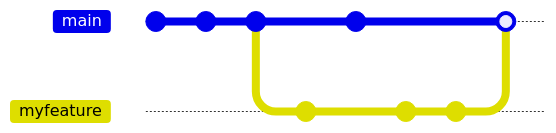
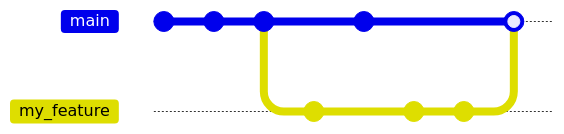
The third of 3 diagrams in _sources/0_introduction/04_git.md (kf-ga/kf-ga.github.io), drawn with Mermaid before and after one commit. The commit also changed other lines of this file and 7 other files, not shown here. Commit ids are hidden.

````diff
--- a/_sources/0_introduction/04_git.md
+++ b/_sources/0_introduction/04_git.md
@@ -266,17 +266,17 @@
 ```{mermaid}
 gitGraph
     commit
     commit
     commit
-    branch myfeature
-    checkout myfeature
+    branch my_feature
+    checkout my_feature
     commit
     checkout main
     commit
     checkout main
-    checkout myfeature
+    checkout my_feature
     commit
     commit
     checkout main
-    merge myfeature
+    merge my_feature
 ```
````
